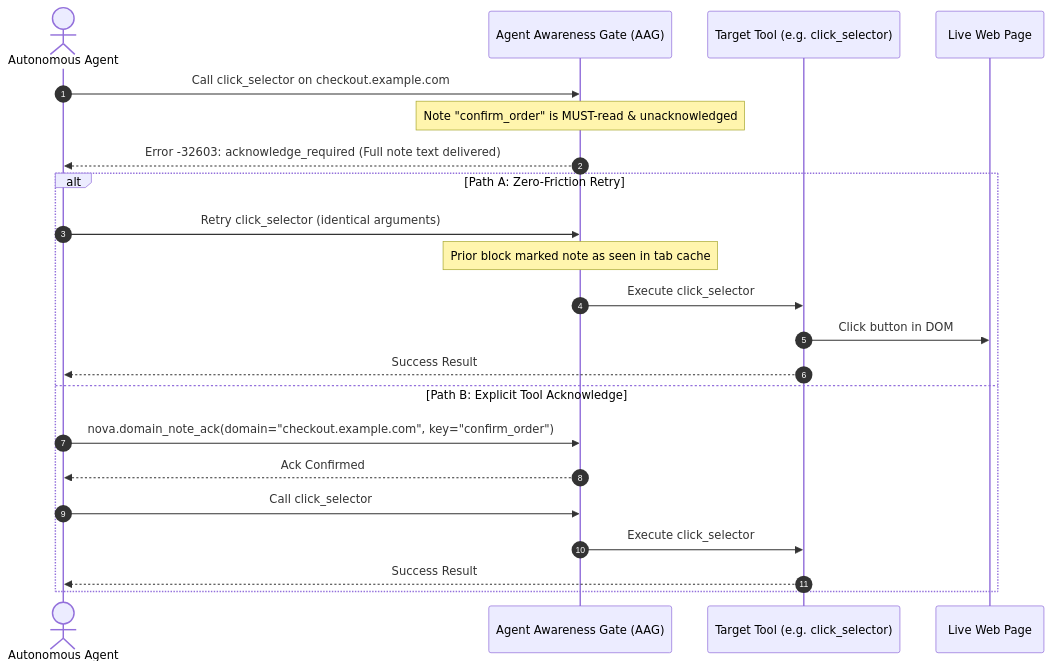
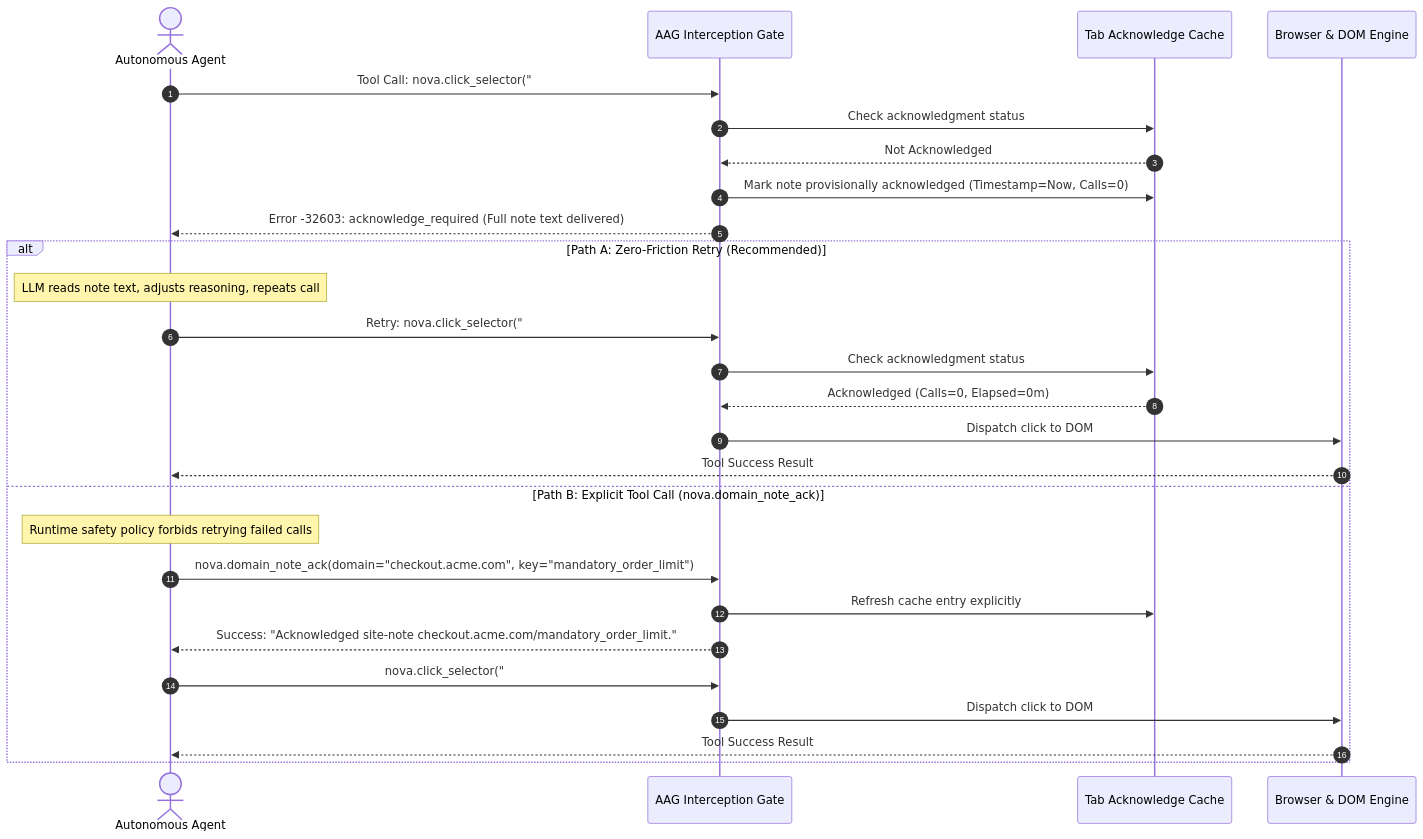
One commit to joelaniol/nova changed the third of 5 diagrams in docs/core-features/learning/domain-notes/delivery-levels-and-aag-enforcement.md. Above: the diagram before and after it, drawn with Mermaid. The commit also changed other lines of this file and 3 other files, not shown here.

Commit message:
docs(domain-notes): deepen multi-tenant lexicon, sandbox binding protocol, and ack cache internals

````diff
--- a/docs/core-features/learning/domain-notes/delivery-levels-and-aag-enforcement.md
+++ b/docs/core-features/learning/domain-notes/delivery-levels-and-aag-enforcement.md
@@ -57,26 +115,32 @@
 ```mermaid
 sequenceDiagram
     autonumber
     actor Agent as Autonomous Agent
-    participant Gate as Agent Awareness Gate (AAG)
-    participant Tool as Target Tool (e.g. click_selector)
-    participant Web as Live Web Page
+    participant Gate as AAG Interception Gate
+    participant Cache as Tab Acknowledge Cache
+    participant Engine as Browser & DOM Engine
 
-    Agent->>Gate: Call click_selector on checkout.example.com
-    Note over Gate: Note "confirm_order" is MUST-read & unacknowledged
+    Agent->>Gate: Tool Call: nova.click_selector("#pay")
+    Gate->>Cache: Check acknowledgment status
+    Cache-->>Gate: Not Acknowledged
+    
+    Gate->>Cache: Mark note provisionally acknowledged (Timestamp=Now, Calls=0)
     Gate-->>Agent: Error -32603: acknowledge_required (Full note text delivered)
-    
-    alt Path A: Zero-Friction Retry
-        Agent->>Gate: Retry click_selector (identical arguments)
-        Note over Gate: Prior block marked note as seen in tab cache
-        Gate->>Tool: Execute click_selector
-        Tool->>Web: Click button in DOM
-        Tool-->>Agent: Success Result
-    else Path B: Explicit Tool Acknowledge
-        Agent->>Gate: nova.domain_note_ack(domain="checkout.example.com", key="confirm_order")
-        Gate-->>Agent: Ack Confirmed
-        Agent->>Gate: Call click_selector
-        Gate->>Tool: Execute click_selector
-        Tool-->>Agent: Success Result
+
+    alt Path A: Zero-Friction Retry (Recommended)
+        Note over Agent: LLM reads note text, adjusts reasoning, repeats call
+        Agent->>Gate: Retry: nova.click_selector("#pay")
+        Gate->>Cache: Check acknowledgment status
+        Cache-->>Gate: Acknowledged (Calls=0, Elapsed=0m)
+        Gate->>Engine: Dispatch click to DOM
+        Engine-->>Agent: Tool Success Result
+    else Path B: Explicit Tool Call (nova.domain_note_ack)
+        Note over Agent: Runtime safety policy forbids retrying failed calls
+        Agent->>Gate: nova.domain_note_ack(domain="checkout.acme.com", key="mandatory_order_limit")
+        Gate->>Cache: Refresh cache entry explicitly
+        Gate-->>Agent: Success: "Acknowledged site-note checkout.acme.com/mandatory_order_limit."
+        Agent->>Gate: nova.click_selector("#pay")
+        Gate->>Engine: Dispatch click to DOM
+        Engine-->>Agent: Tool Success Result
     end
 ```
````
